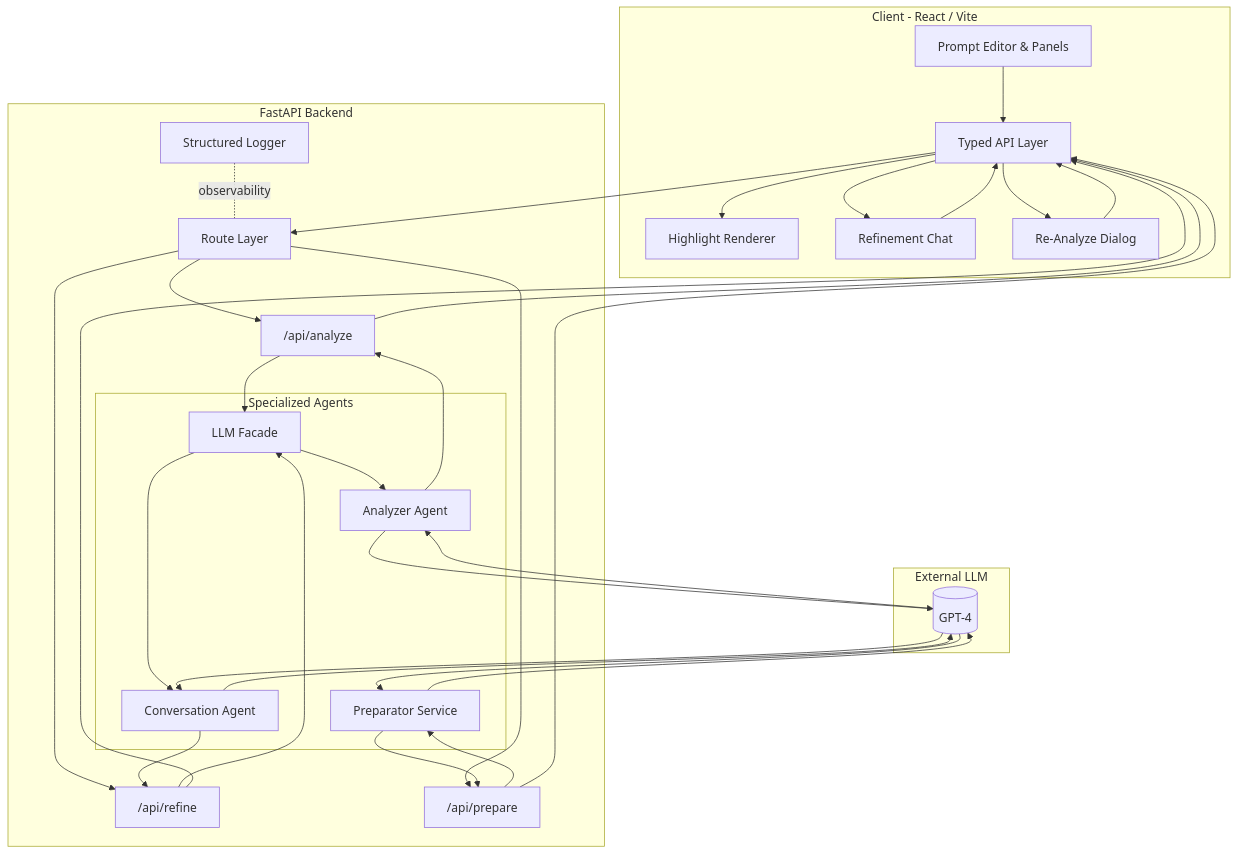
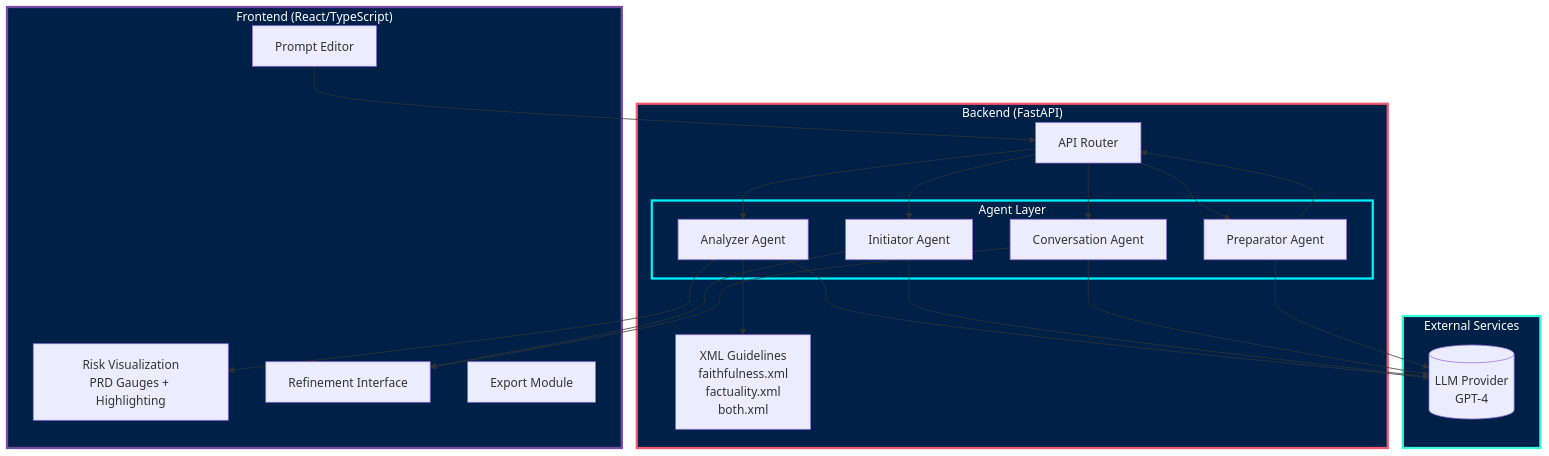
The first of 3 diagrams in docs/architecture.md (MoNejjar/echo-hallucination-detect), drawn with Mermaid before and after one commit. The commit also changed other lines of this file and 12 other files, not shown here.

Commit message:
redesign of the diagrams and incorporation of the evaluation results into the notebook

````diff
--- a/docs/architecture.md
+++ b/docs/architecture.md
@@ -33,65 +249,46 @@
 ```mermaid
-%% (Inline copy for immediate readability – edit the .mmd source.)
 flowchart TB
-  subgraph Browser[Client - React / Vite]
-    UI[Prompt Editor & Panels]
-    HL[Highlight Renderer]
-    Chat[Refinement Chat]
-    ReAnalyze[Re-Analyze Dialog]
-    APIClient[Typed API Layer]
-  end
-
-  subgraph API[FastAPI Backend]
-    Router[Route Layer]
-    AnalyzeRoute["/api/analyze"]
-    RefineRoute["/api/refine"]
-    PrepareRoute["/api/prepare"]
-    
-    subgraph Agents[Specialized Agents]
-      LLMFacade[LLM Facade]
-      AnalyzerAgent[Analyzer Agent]
-      ConversationAgent[Conversation Agent]
-      Preparator[Preparator Service]
+    subgraph Client["Frontend (React/TypeScript)"]
+        Editor[Prompt Editor]
+        Viz[Risk Visualization<br/>PRD Gauges + Highlighting]
+        Chat[Refinement Interface]
+        Export[Export Module]
     end
     
-    Logger[Structured Logger]
-  end
-
-  subgraph OpenAI[External LLM]
-    GPT[(GPT-4)]
-  end
-
-  UI --> APIClient
-  Chat --> APIClient
-  ReAnalyze --> APIClient
-  
-  APIClient --> Router
-  Router --> AnalyzeRoute
-  Router --> RefineRoute
-  Router --> PrepareRoute
-  
-  AnalyzeRoute --> LLMFacade
-  RefineRoute --> LLMFacade
-  PrepareRoute --> Preparator
-  
-  LLMFacade --> AnalyzerAgent
-  LLMFacade --> ConversationAgent
-  
-  AnalyzerAgent --> GPT
-  ConversationAgent --> GPT
-  Preparator --> GPT
-  
-  GPT --> AnalyzerAgent
-  GPT --> ConversationAgent
-  GPT --> Preparator
-  
-  AnalyzerAgent --> AnalyzeRoute
-  ConversationAgent --> RefineRoute
-  Preparator --> PrepareRoute
-  
-  AnalyzeRoute --> APIClient --> HL
-  RefineRoute --> APIClient --> Chat
-  PrepareRoute --> APIClient --> ReAnalyze
-  
-  Logger -. observability .- Router
+    subgraph Server["Backend (FastAPI)"]
+        Router[API Router]
+        subgraph Agents["Agent Layer"]
+            Analyzer[Analyzer Agent]
+            Initiator[Initiator Agent]
+            Conv[Conversation Agent]
+            Prep[Preparator Agent]
+        end
+        Guidelines[XML Guidelines<br/>faithfulness.xml<br/>factuality.xml<br/>both.xml]
+    end
+    
+    subgraph External["External Services"]
+        LLM[(LLM Provider<br/>GPT-4)]
+    end
+    
+    Editor --> Router
+    Router --> Analyzer
+    Router --> Initiator
+    Router --> Conv
+    Router --> Prep
+    
+    Analyzer --> Guidelines
+    Analyzer --> LLM
+    Initiator --> LLM
+    Conv --> LLM
+    Prep --> LLM
+    
+    Analyzer --> Viz
+    Initiator --> Chat
+    Conv --> Chat
+    Prep --> Router
+    
+    style Client fill:#002147,stroke:#764ba2,stroke-width:3px,color:#ffffff
+    style Server fill:#002147,stroke:#f5576c,stroke-width:3px,color:#ffffff
+    style Agents fill:#002147,stroke:#00f2fe,stroke-width:3px,color:#ffffff
+    style External fill:#002147,stroke:#38f9d7,stroke-width:3px,color:#ffffff
 ```
````
